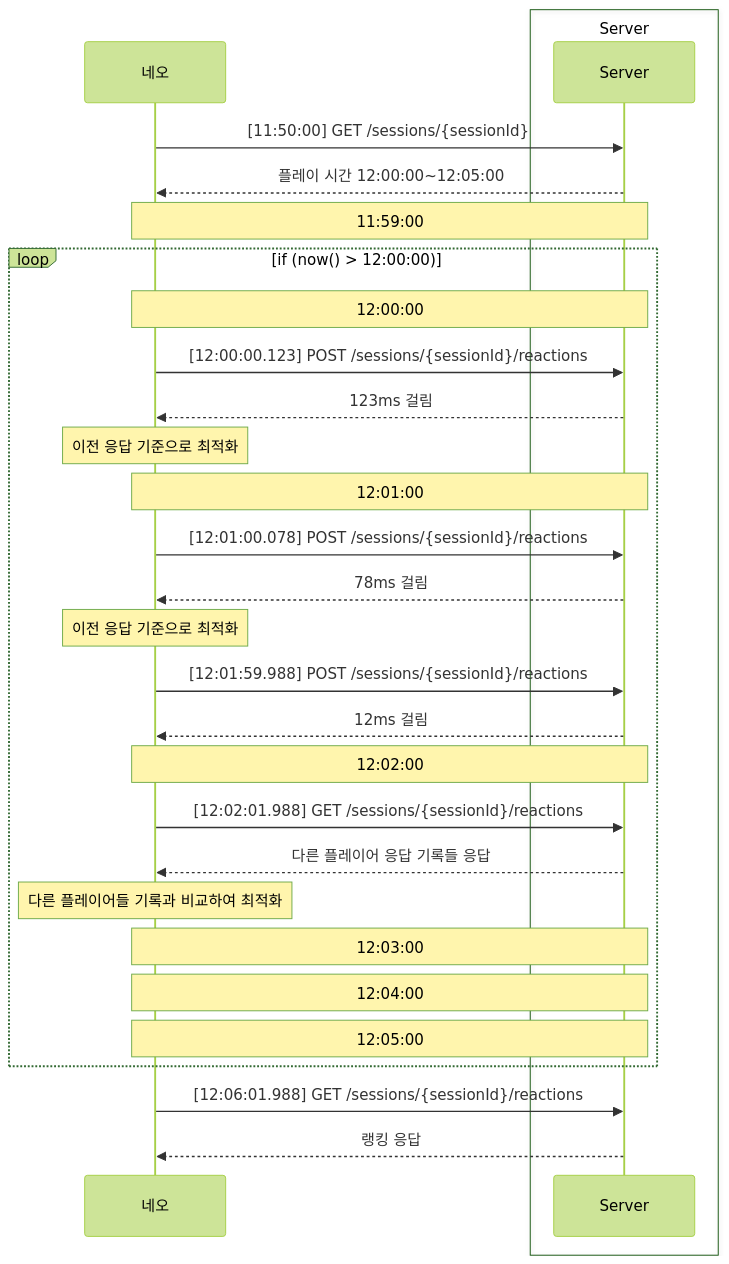
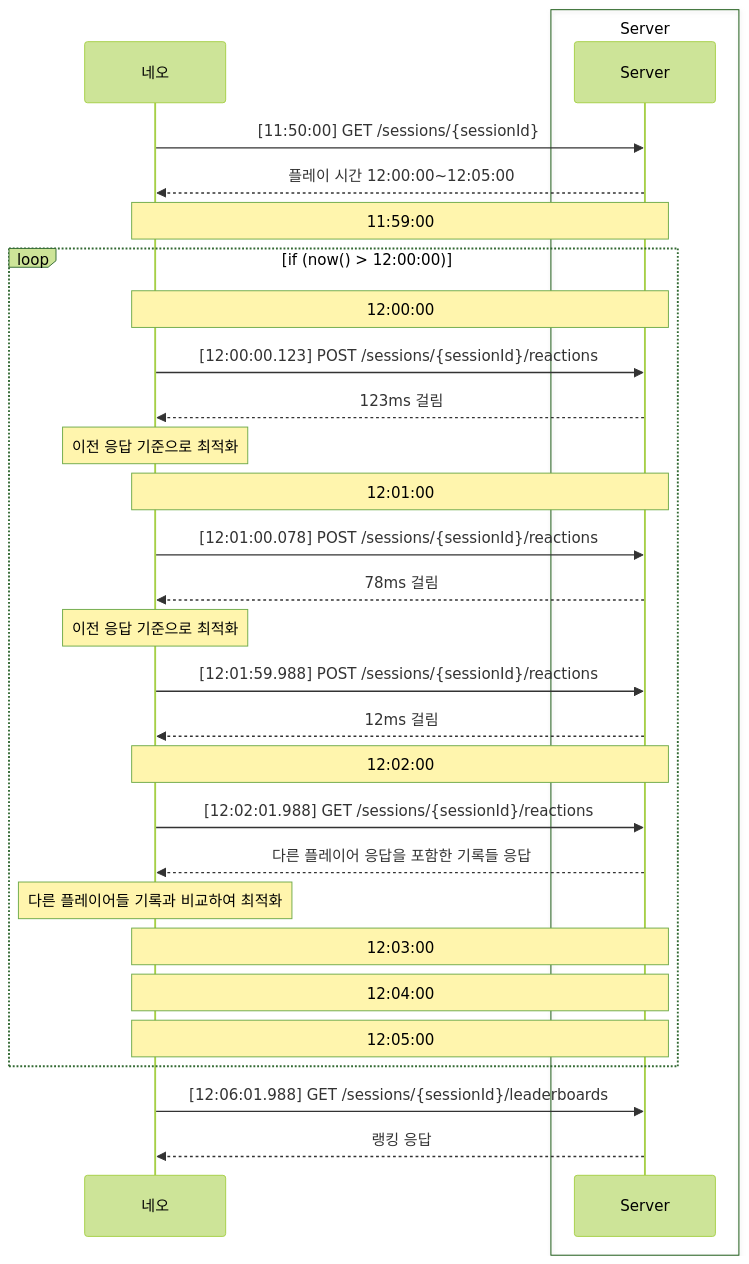
The second of 2 diagrams in README.md (jaeyeonling/reaction-game), drawn with Mermaid (forest theme) before and after one commit. The commit also changed other lines of this file and 2 other files, not shown here.

````diff
--- a/README.md
+++ b/README.md
@@ -101,48 +87,34 @@
 ```mermaid
 sequenceDiagram
     participant 네오
     box Server
-    participant Server
+        participant Server
     end
 
-    네오->>Server: [11:50:00] GET /sessions/{sessionId}
-    Server-->>네오: 플레이 시간 12:00:00~12:05:00
-
-    note over 네오,Server: 11:59:00
+    네오 ->> Server: [11:50:00] GET /sessions/{sessionId}
+    Server -->> 네오: 플레이 시간 12:00:00~12:05:00
+    note over 네오, Server: 11:59:00
 
     loop if (now() > 12:00:00)
+        note over 네오, Server: 12:00:00
+        네오 ->> Server: [12:00:00.123] POST /sessions/{sessionId}/reactions
+        Server -->> 네오: 123ms 걸림
+        note over 네오: 이전 응답 기준으로 최적화
+        note over 네오, Server: 12:01:00
+        네오 ->> Server: [12:01:00.078] POST /sessions/{sessionId}/reactions
+        Server -->> 네오: 78ms 걸림
+        note over 네오: 이전 응답 기준으로 최적화
+        네오 ->> Server: [12:01:59.988] POST /sessions/{sessionId}/reactions
+        Server -->> 네오: 12ms 걸림
+        note over 네오, Server: 12:02:00
+        네오 ->> Server: [12:02:01.988] GET /sessions/{sessionId}/reactions
+        Server -->> 네오: 다른 플레이어 응답을 포함한 기록들 응답
+        note over 네오: 다른 플레이어들 기록과 비교하여 최적화
+        note over 네오, Server: 12:03:00
+        note over 네오, Server: 12:04:00
+        note over 네오, Server: 12:05:00
+    end
 
-        note over 네오,Server: 12:00:00
-        
-        네오->>Server: [12:00:00.123] POST /sessions/{sessionId}/reactions
-        Server-->>네오: 123ms 걸림
-
-        note over 네오: 이전 응답 기준으로 최적화
-
-        note over 네오,Server: 12:01:00
-
-        네오->>Server: [12:01:00.078] POST /sessions/{sessionId}/reactions
-        Server-->>네오: 78ms 걸림
-
-        note over 네오: 이전 응답 기준으로 최적화
-
-        네오->>Server: [12:01:59.988] POST /sessions/{sessionId}/reactions
-        Server-->>네오: 12ms 걸림
-
-        note over 네오,Server: 12:02:00
-
-        네오->>Server: [12:02:01.988] GET /sessions/{sessionId}/reactions
-        Server-->>네오: 다른 플레이어 응답 기록들 응답
-
-        note over 네오: 다른 플레이어들 기록과 비교하여 최적화
-
-        note over 네오,Server: 12:03:00
-
-        note over 네오,Server: 12:04:00
-
-        note over 네오,Server: 12:05:00
-    end
-    
-    네오->>Server: [12:06:01.988] GET /sessions/{sessionId}/reactions
-    Server-->>네오: 랭킹 응답
+    네오 ->> Server: [12:06:01.988] GET /sessions/{sessionId}/leaderboards
+    Server -->> 네오: 랭킹 응답
 ```
````
